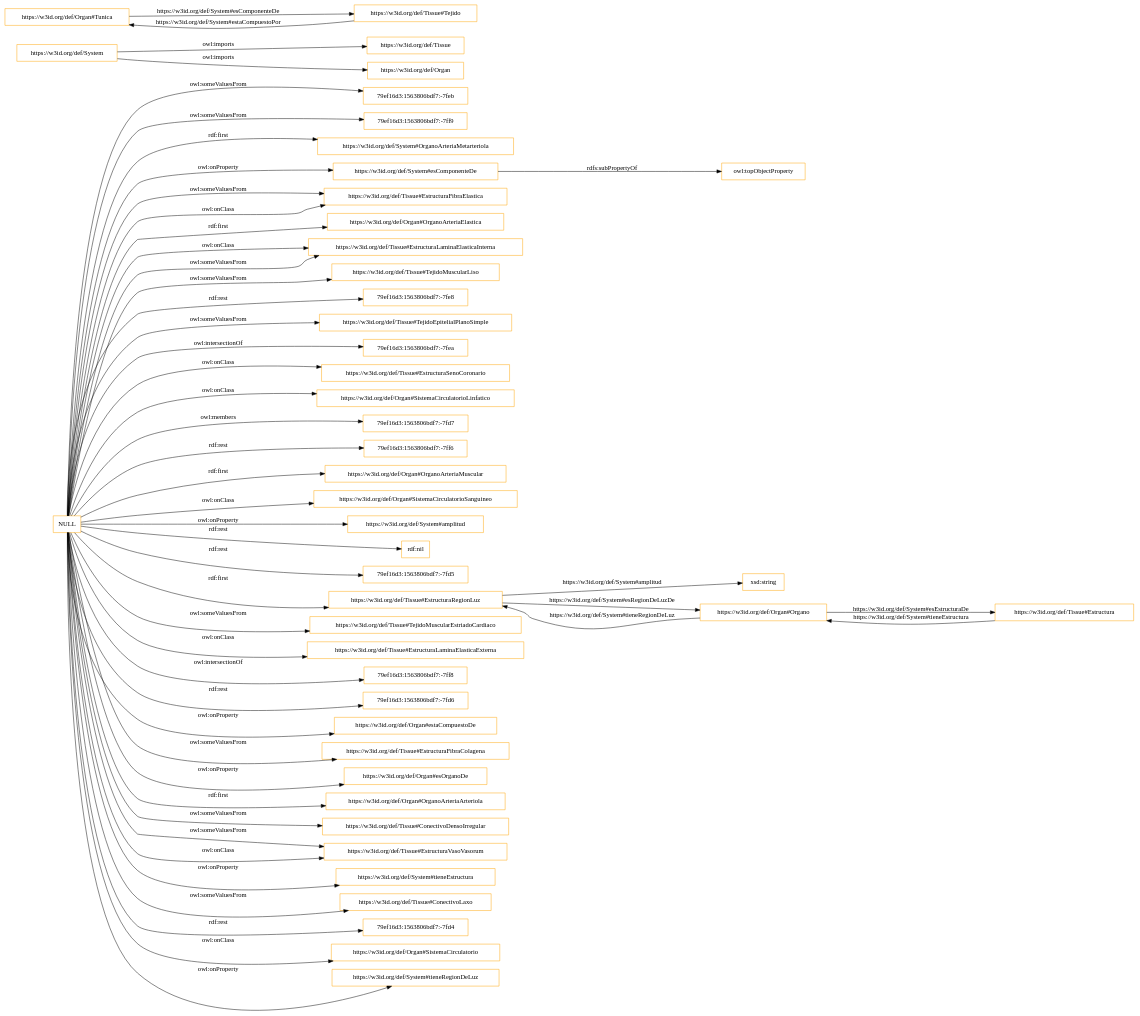
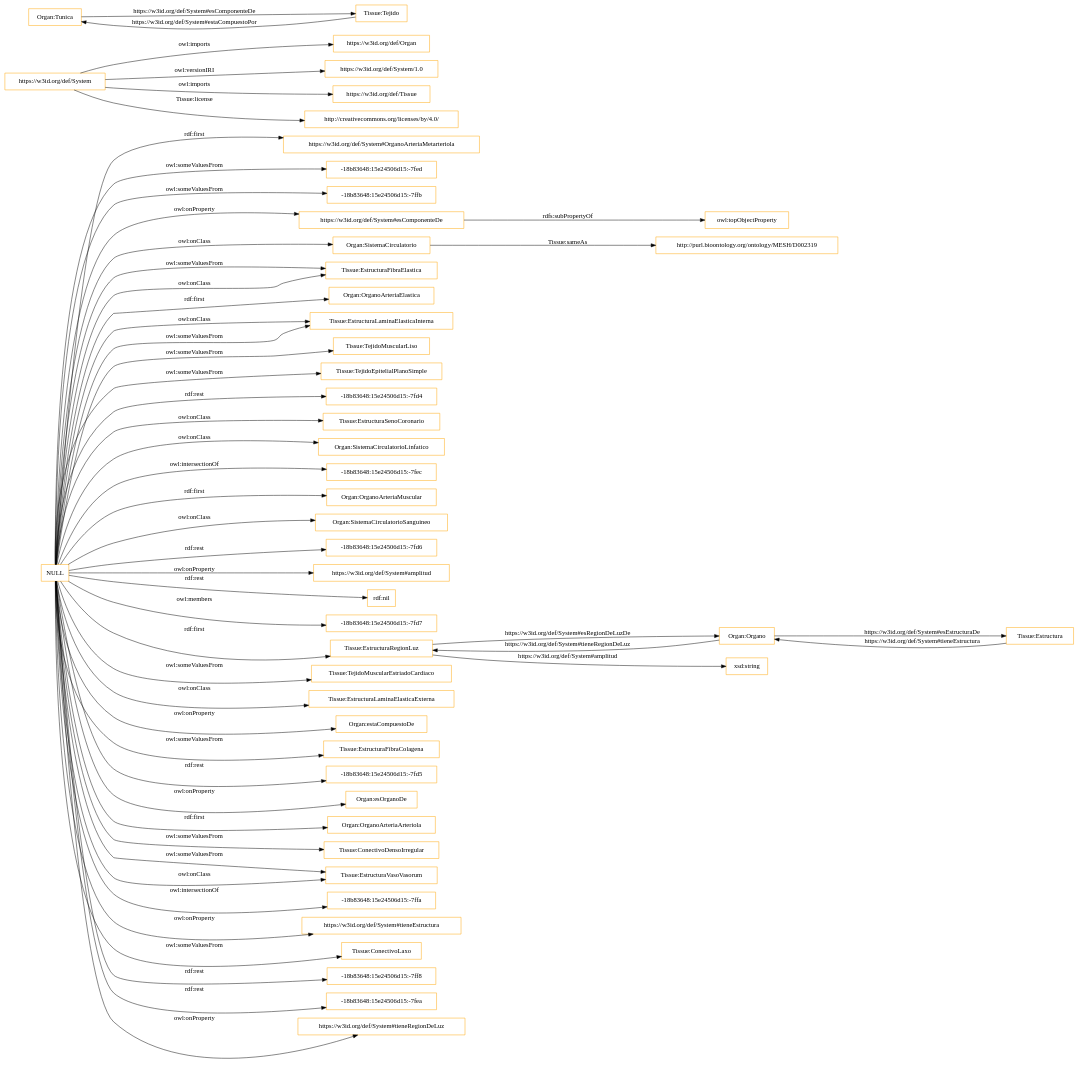
The diagram in OnToology/System.owl/diagrams/ar2dtool-class/System.owl.png.dot (claxima/HistologicalOntology), drawn with Graphviz before and after one commit. The commit also changed 121 other files, not shown here.

```diff
--- a/OnToology/System.owl/diagrams/ar2dtool-class/System.owl.png.dot
+++ b/OnToology/System.owl/diagrams/ar2dtool-class/System.owl.png.dot
@@ -1,55 +1,58 @@
 digraph ar2dtool_diagram { 
 rankdir=LR;
 size="1501"
-node [shape = rectangle, color="orange"]; "79ef16d3:1563806bdf7:-7feb" "79ef16d3:1563806bdf7:-7ff9" "https://w3id.org/def/System#OrganoArteriaMetarteriola" ; /*classes style*/
+node [shape = rectangle, color="orange"]; "https://w3id.org/def/System#OrganoArteriaMetarteriola" "-18b83648:15e24506d15:-7fed" "-18b83648:15e24506d15:-7ffb" ; /*classes style*/
+	"https://w3id.org/def/System" -> "https://w3id.org/def/Organ" [ label = "owl:imports" ];
+	"https://w3id.org/def/System" -> "https://w3id.org/def/System/1.0" [ label = "owl:versionIRI" ];
 	"https://w3id.org/def/System" -> "https://w3id.org/def/Tissue" [ label = "owl:imports" ];
-	"https://w3id.org/def/System" -> "https://w3id.org/def/Organ" [ label = "owl:imports" ];
+	"https://w3id.org/def/System" -> "http://creativecommons.org/licenses/by/4.0/" [ label = "Tissue:license" ];
 	"https://w3id.org/def/System#esComponenteDe" -> "owl:topObjectProperty" [ label = "rdfs:subPropertyOf" ];
-	"NULL" -> "https://w3id.org/def/Tissue#EstructuraFibraElastica" [ label = "owl:someValuesFrom" ];
-	"NULL" -> "https://w3id.org/def/Organ#OrganoArteriaElastica" [ label = "rdf:first" ];
-	"NULL" -> "https://w3id.org/def/Tissue#EstructuraLaminaElasticaInterna" [ label = "owl:onClass" ];
+	"Organ:SistemaCirculatorio" -> "http://purl.bioontology.org/ontology/MESH/D002319" [ label = "Tissue:sameAs" ];
+	"NULL" -> "-18b83648:15e24506d15:-7fed" [ label = "owl:someValuesFrom" ];
+	"NULL" -> "Tissue:EstructuraFibraElastica" [ label = "owl:someValuesFrom" ];
+	"NULL" -> "Organ:OrganoArteriaElastica" [ label = "rdf:first" ];
+	"NULL" -> "Tissue:EstructuraLaminaElasticaInterna" [ label = "owl:onClass" ];
 	"NULL" -> "https://w3id.org/def/System#OrganoArteriaMetarteriola" [ label = "rdf:first" ];
-	"NULL" -> "https://w3id.org/def/Tissue#TejidoMuscularLiso" [ label = "owl:someValuesFrom" ];
-	"NULL" -> "79ef16d3:1563806bdf7:-7fe8" [ label = "rdf:rest" ];
-	"NULL" -> "https://w3id.org/def/Tissue#TejidoEpitelialPlanoSimple" [ label = "owl:someValuesFrom" ];
-	"NULL" -> "79ef16d3:1563806bdf7:-7ff9" [ label = "owl:someValuesFrom" ];
-	"NULL" -> "79ef16d3:1563806bdf7:-7fea" [ label = "owl:intersectionOf" ];
-	"NULL" -> "https://w3id.org/def/Tissue#EstructuraSenoCoronario" [ label = "owl:onClass" ];
-	"NULL" -> "https://w3id.org/def/Organ#SistemaCirculatorioLinfatico" [ label = "owl:onClass" ];
-	"NULL" -> "79ef16d3:1563806bdf7:-7fd7" [ label = "owl:members" ];
-	"NULL" -> "79ef16d3:1563806bdf7:-7feb" [ label = "owl:someValuesFrom" ];
-	"NULL" -> "79ef16d3:1563806bdf7:-7ff6" [ label = "rdf:rest" ];
-	"NULL" -> "https://w3id.org/def/Organ#OrganoArteriaMuscular" [ label = "rdf:first" ];
-	"NULL" -> "https://w3id.org/def/Organ#SistemaCirculatorioSanguineo" [ label = "owl:onClass" ];
+	"NULL" -> "Tissue:TejidoMuscularLiso" [ label = "owl:someValuesFrom" ];
+	"NULL" -> "Tissue:TejidoEpitelialPlanoSimple" [ label = "owl:someValuesFrom" ];
+	"NULL" -> "-18b83648:15e24506d15:-7fd4" [ label = "rdf:rest" ];
+	"NULL" -> "Tissue:EstructuraSenoCoronario" [ label = "owl:onClass" ];
+	"NULL" -> "-18b83648:15e24506d15:-7ffb" [ label = "owl:someValuesFrom" ];
+	"NULL" -> "Organ:SistemaCirculatorioLinfatico" [ label = "owl:onClass" ];
+	"NULL" -> "-18b83648:15e24506d15:-7fec" [ label = "owl:intersectionOf" ];
+	"NULL" -> "Organ:OrganoArteriaMuscular" [ label = "rdf:first" ];
+	"NULL" -> "Organ:SistemaCirculatorioSanguineo" [ label = "owl:onClass" ];
+	"NULL" -> "-18b83648:15e24506d15:-7fd6" [ label = "rdf:rest" ];
 	"NULL" -> "https://w3id.org/def/System#amplitud" [ label = "owl:onProperty" ];
 	"NULL" -> "rdf:nil" [ label = "rdf:rest" ];
-	"NULL" -> "79ef16d3:1563806bdf7:-7fd5" [ label = "rdf:rest" ];
-	"NULL" -> "https://w3id.org/def/Tissue#EstructuraFibraElastica" [ label = "owl:onClass" ];
-	"NULL" -> "https://w3id.org/def/Tissue#EstructuraRegionLuz" [ label = "rdf:first" ];
-	"NULL" -> "https://w3id.org/def/Tissue#TejidoMuscularEstriadoCardiaco" [ label = "owl:someValuesFrom" ];
-	"NULL" -> "https://w3id.org/def/Tissue#EstructuraLaminaElasticaInterna" [ label = "owl:someValuesFrom" ];
-	"NULL" -> "https://w3id.org/def/Tissue#EstructuraLaminaElasticaExterna" [ label = "owl:onClass" ];
-	"NULL" -> "79ef16d3:1563806bdf7:-7ff8" [ label = "owl:intersectionOf" ];
-	"NULL" -> "79ef16d3:1563806bdf7:-7fd6" [ label = "rdf:rest" ];
-	"NULL" -> "https://w3id.org/def/Organ#estaCompuestoDe" [ label = "owl:onProperty" ];
-	"NULL" -> "https://w3id.org/def/Tissue#EstructuraFibraColagena" [ label = "owl:someValuesFrom" ];
+	"NULL" -> "-18b83648:15e24506d15:-7fd7" [ label = "owl:members" ];
+	"NULL" -> "Tissue:EstructuraFibraElastica" [ label = "owl:onClass" ];
+	"NULL" -> "Tissue:EstructuraRegionLuz" [ label = "rdf:first" ];
+	"NULL" -> "Tissue:TejidoMuscularEstriadoCardiaco" [ label = "owl:someValuesFrom" ];
+	"NULL" -> "Tissue:EstructuraLaminaElasticaInterna" [ label = "owl:someValuesFrom" ];
+	"NULL" -> "Tissue:EstructuraLaminaElasticaExterna" [ label = "owl:onClass" ];
+	"NULL" -> "Organ:estaCompuestoDe" [ label = "owl:onProperty" ];
+	"NULL" -> "Tissue:EstructuraFibraColagena" [ label = "owl:someValuesFrom" ];
 	"NULL" -> "https://w3id.org/def/System#esComponenteDe" [ label = "owl:onProperty" ];
-	"NULL" -> "https://w3id.org/def/Organ#esOrganoDe" [ label = "owl:onProperty" ];
-	"NULL" -> "https://w3id.org/def/Organ#OrganoArteriaArteriola" [ label = "rdf:first" ];
-	"NULL" -> "https://w3id.org/def/Tissue#ConectivoDensoIrregular" [ label = "owl:someValuesFrom" ];
-	"NULL" -> "https://w3id.org/def/Tissue#EstructuraVasoVasorum" [ label = "owl:someValuesFrom" ];
+	"NULL" -> "-18b83648:15e24506d15:-7fd5" [ label = "rdf:rest" ];
+	"NULL" -> "Organ:esOrganoDe" [ label = "owl:onProperty" ];
+	"NULL" -> "Organ:OrganoArteriaArteriola" [ label = "rdf:first" ];
+	"NULL" -> "Tissue:ConectivoDensoIrregular" [ label = "owl:someValuesFrom" ];
+	"NULL" -> "Tissue:EstructuraVasoVasorum" [ label = "owl:someValuesFrom" ];
+	"NULL" -> "-18b83648:15e24506d15:-7ffa" [ label = "owl:intersectionOf" ];
 	"NULL" -> "https://w3id.org/def/System#tieneEstructura" [ label = "owl:onProperty" ];
-	"NULL" -> "https://w3id.org/def/Tissue#ConectivoLaxo" [ label = "owl:someValuesFrom" ];
-	"NULL" -> "79ef16d3:1563806bdf7:-7fd4" [ label = "rdf:rest" ];
-	"NULL" -> "https://w3id.org/def/Organ#SistemaCirculatorio" [ label = "owl:onClass" ];
+	"NULL" -> "Tissue:ConectivoLaxo" [ label = "owl:someValuesFrom" ];
+	"NULL" -> "Organ:SistemaCirculatorio" [ label = "owl:onClass" ];
+	"NULL" -> "-18b83648:15e24506d15:-7ff8" [ label = "rdf:rest" ];
+	"NULL" -> "-18b83648:15e24506d15:-7fea" [ label = "rdf:rest" ];
 	"NULL" -> "https://w3id.org/def/System#tieneRegionDeLuz" [ label = "owl:onProperty" ];
-	"NULL" -> "https://w3id.org/def/Tissue#EstructuraVasoVasorum" [ label = "owl:onClass" ];
-	"https://w3id.org/def/Organ#Tunica" -> "https://w3id.org/def/Tissue#Tejido" [ label = "https://w3id.org/def/System#esComponenteDe" ];
-	"https://w3id.org/def/Tissue#EstructuraRegionLuz" -> "xsd:string" [ label = "https://w3id.org/def/System#amplitud" ];
-	"https://w3id.org/def/Tissue#EstructuraRegionLuz" -> "https://w3id.org/def/Organ#Organo" [ label = "https://w3id.org/def/System#esRegionDeLuzDe" ];
-	"https://w3id.org/def/Tissue#Tejido" -> "https://w3id.org/def/Organ#Tunica" [ label = "https://w3id.org/def/System#estaCompuestoPor" ];
-	"https://w3id.org/def/Organ#Organo" -> "https://w3id.org/def/Tissue#Estructura" [ label = "https://w3id.org/def/System#esEstructuraDe" ];
-	"https://w3id.org/def/Organ#Organo" -> "https://w3id.org/def/Tissue#EstructuraRegionLuz" [ label = "https://w3id.org/def/System#tieneRegionDeLuz" ];
-	"https://w3id.org/def/Tissue#Estructura" -> "https://w3id.org/def/Organ#Organo" [ label = "https://w3id.org/def/System#tieneEstructura" ];
+	"NULL" -> "Tissue:EstructuraVasoVasorum" [ label = "owl:onClass" ];
+	"Organ:Organo" -> "Tissue:EstructuraRegionLuz" [ label = "https://w3id.org/def/System#tieneRegionDeLuz" ];
+	"Organ:Tunica" -> "Tissue:Tejido" [ label = "https://w3id.org/def/System#esComponenteDe" ];
+	"Tissue:Estructura" -> "Organ:Organo" [ label = "https://w3id.org/def/System#tieneEstructura" ];
+	"Tissue:EstructuraRegionLuz" -> "xsd:string" [ label = "https://w3id.org/def/System#amplitud" ];
+	"Tissue:Tejido" -> "Organ:Tunica" [ label = "https://w3id.org/def/System#estaCompuestoPor" ];
+	"Tissue:EstructuraRegionLuz" -> "Organ:Organo" [ label = "https://w3id.org/def/System#esRegionDeLuzDe" ];
+	"Organ:Organo" -> "Tissue:Estructura" [ label = "https://w3id.org/def/System#esEstructuraDe" ];
 
 }
```
